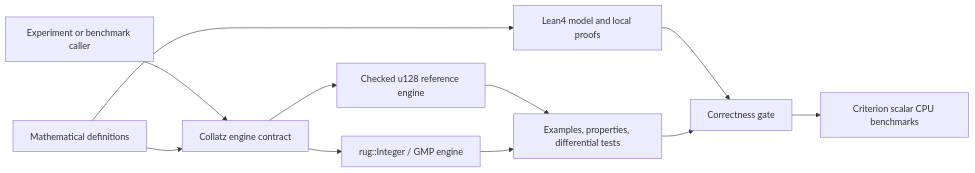
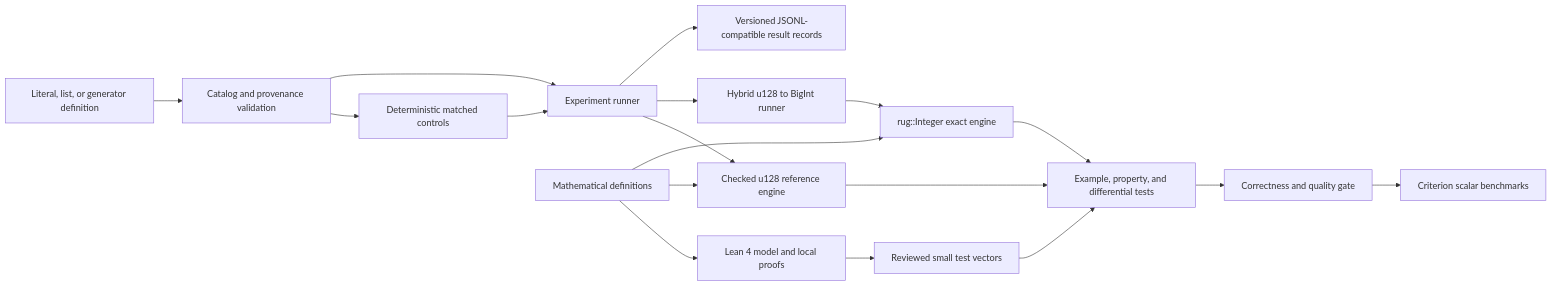
Before and after one commit to dlubom/collatz-lab: the diagram in ARCHITECTURE.md, drawn with Mermaid. The commit also changed other lines of this file and 21 other files, not shown here.

````diff
--- a/ARCHITECTURE.md
+++ b/ARCHITECTURE.md
@@ -21,13 +25,20 @@
 ```mermaid
 flowchart LR
-  Caller["Experiment or benchmark caller"] --> API["Collatz engine contract"]
-  API --> U128["Checked u128 reference engine"]
-  API --> GMP["rug::Integer / GMP engine"]
-  Math["Mathematical definitions"] --> Lean["Lean4 model and local proofs"]
-  Math --> API
-  U128 --> Diff["Examples, properties, differential tests"]
-  GMP --> Diff
-  Lean --> Gate["Correctness gate"]
-  Diff --> Gate
-  Gate --> Bench["Criterion scalar CPU benchmarks"]
+  Input["Literal, list, or generator definition"] --> Catalog["Catalog and provenance validation"]
+  Catalog --> Controls["Deterministic matched controls"]
+  Catalog --> Runner["Experiment runner"]
+  Controls --> Runner
+  Runner --> Ref["Checked u128 reference engine"]
+  Runner --> Hybrid["Hybrid u128 to BigInt runner"]
+  Hybrid --> Big["rug::Integer exact engine"]
+  Math["Mathematical definitions"] --> Lean["Lean 4 model and local proofs"]
+  Math --> Ref
+  Math --> Big
+  Lean --> Vectors["Reviewed small test vectors"]
+  Vectors --> Tests["Example, property, and differential tests"]
+  Ref --> Tests
+  Big --> Tests
+  Runner --> Results["Versioned JSONL-compatible result records"]
+  Tests --> Gate["Correctness and quality gate"]
+  Gate --> Bench["Criterion scalar benchmarks"]
 ```
````
